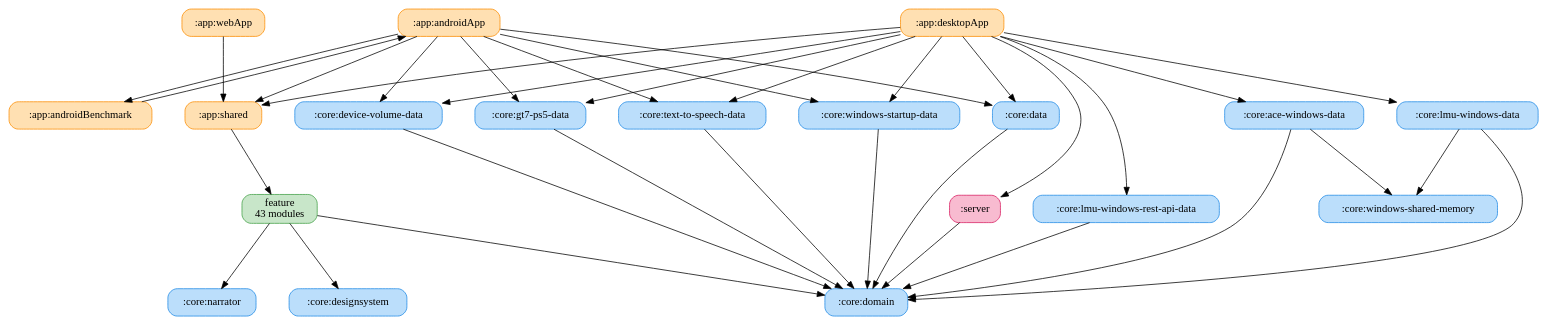
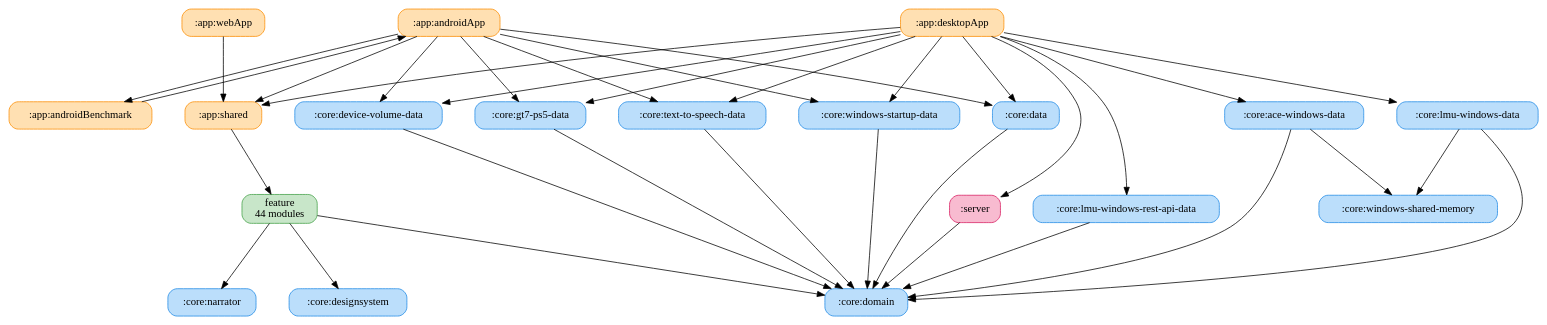
The diagram in docs/graphs/full-graph.gv (ai-kurou/KoDriver), drawn with Graphviz before and after one commit. The commit also changed 121 other files, not shown here.

```diff
--- a/docs/graphs/full-graph.gv
+++ b/docs/graphs/full-graph.gv
@@ -1,58 +1,58 @@
 digraph G {
   rankdir=TB
   graph [ranksep=1.2, nodesep=0.6]
   node [shape=box, style="rounded,filled"]
   ":app:androidApp" [label=":app:androidApp", fillcolor="#FFE0B2", color="#FB8C00"]
   ":app:androidBenchmark" [label=":app:androidBenchmark", fillcolor="#FFE0B2", color="#FB8C00"]
   ":app:desktopApp" [label=":app:desktopApp", fillcolor="#FFE0B2", color="#FB8C00"]
   ":app:shared" [label=":app:shared", fillcolor="#FFE0B2", color="#FB8C00"]
   ":app:webApp" [label=":app:webApp", fillcolor="#FFE0B2", color="#FB8C00"]
   ":core:ace-windows-data" [label=":core:ace-windows-data", fillcolor="#BBDEFB", color="#1E88E5"]
   ":core:data" [label=":core:data", fillcolor="#BBDEFB", color="#1E88E5"]
   ":core:designsystem" [label=":core:designsystem", fillcolor="#BBDEFB", color="#1E88E5"]
   ":core:device-volume-data" [label=":core:device-volume-data", fillcolor="#BBDEFB", color="#1E88E5"]
   ":core:domain" [label=":core:domain", fillcolor="#BBDEFB", color="#1E88E5"]
   ":core:gt7-ps5-data" [label=":core:gt7-ps5-data", fillcolor="#BBDEFB", color="#1E88E5"]
   ":core:lmu-windows-data" [label=":core:lmu-windows-data", fillcolor="#BBDEFB", color="#1E88E5"]
   ":core:lmu-windows-rest-api-data" [label=":core:lmu-windows-rest-api-data", fillcolor="#BBDEFB", color="#1E88E5"]
   ":core:narrator" [label=":core:narrator", fillcolor="#BBDEFB", color="#1E88E5"]
   ":core:text-to-speech-data" [label=":core:text-to-speech-data", fillcolor="#BBDEFB", color="#1E88E5"]
   ":core:windows-shared-memory" [label=":core:windows-shared-memory", fillcolor="#BBDEFB", color="#1E88E5"]
   ":core:windows-startup-data" [label=":core:windows-startup-data", fillcolor="#BBDEFB", color="#1E88E5"]
   ":server" [label=":server", fillcolor="#F8BBD0", color="#D81B60"]
-  "feature" [label="feature\n43 modules", fillcolor="#C8E6C9", color="#43A047"]
+  "feature" [label="feature\n44 modules", fillcolor="#C8E6C9", color="#43A047"]
   ":app:androidApp" -> ":app:androidBenchmark"
   ":app:androidApp" -> ":app:shared"
   ":app:androidApp" -> ":core:data"
   ":app:androidApp" -> ":core:device-volume-data"
   ":app:androidApp" -> ":core:gt7-ps5-data"
   ":app:androidApp" -> ":core:text-to-speech-data"
   ":app:androidApp" -> ":core:windows-startup-data"
   ":app:androidBenchmark" -> ":app:androidApp"
   ":app:desktopApp" -> ":app:shared"
   ":app:desktopApp" -> ":core:ace-windows-data"
   ":app:desktopApp" -> ":core:data"
   ":app:desktopApp" -> ":core:device-volume-data"
   ":app:desktopApp" -> ":core:gt7-ps5-data"
   ":app:desktopApp" -> ":core:lmu-windows-data"
   ":app:desktopApp" -> ":core:lmu-windows-rest-api-data"
   ":app:desktopApp" -> ":core:text-to-speech-data"
   ":app:desktopApp" -> ":core:windows-startup-data"
   ":app:desktopApp" -> ":server"
   ":app:shared" -> "feature"
   ":app:webApp" -> ":app:shared"
   ":core:ace-windows-data" -> ":core:domain"
   ":core:ace-windows-data" -> ":core:windows-shared-memory"
   ":core:data" -> ":core:domain"
   ":core:device-volume-data" -> ":core:domain"
   ":core:gt7-ps5-data" -> ":core:domain"
   ":core:lmu-windows-data" -> ":core:domain"
   ":core:lmu-windows-data" -> ":core:windows-shared-memory"
   ":core:lmu-windows-rest-api-data" -> ":core:domain"
   ":core:text-to-speech-data" -> ":core:domain"
   ":core:windows-startup-data" -> ":core:domain"
   ":server" -> ":core:domain"
   "feature" -> ":core:designsystem"
   "feature" -> ":core:domain"
   "feature" -> ":core:narrator"
 }
```
